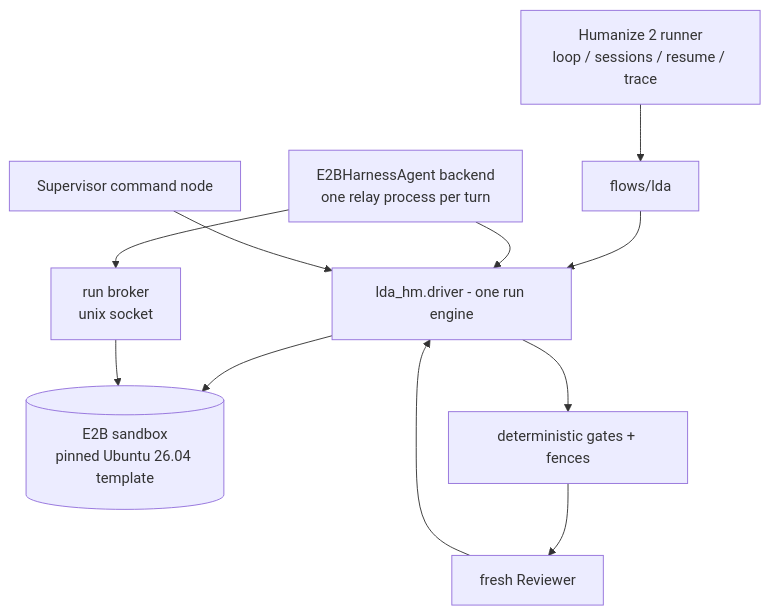
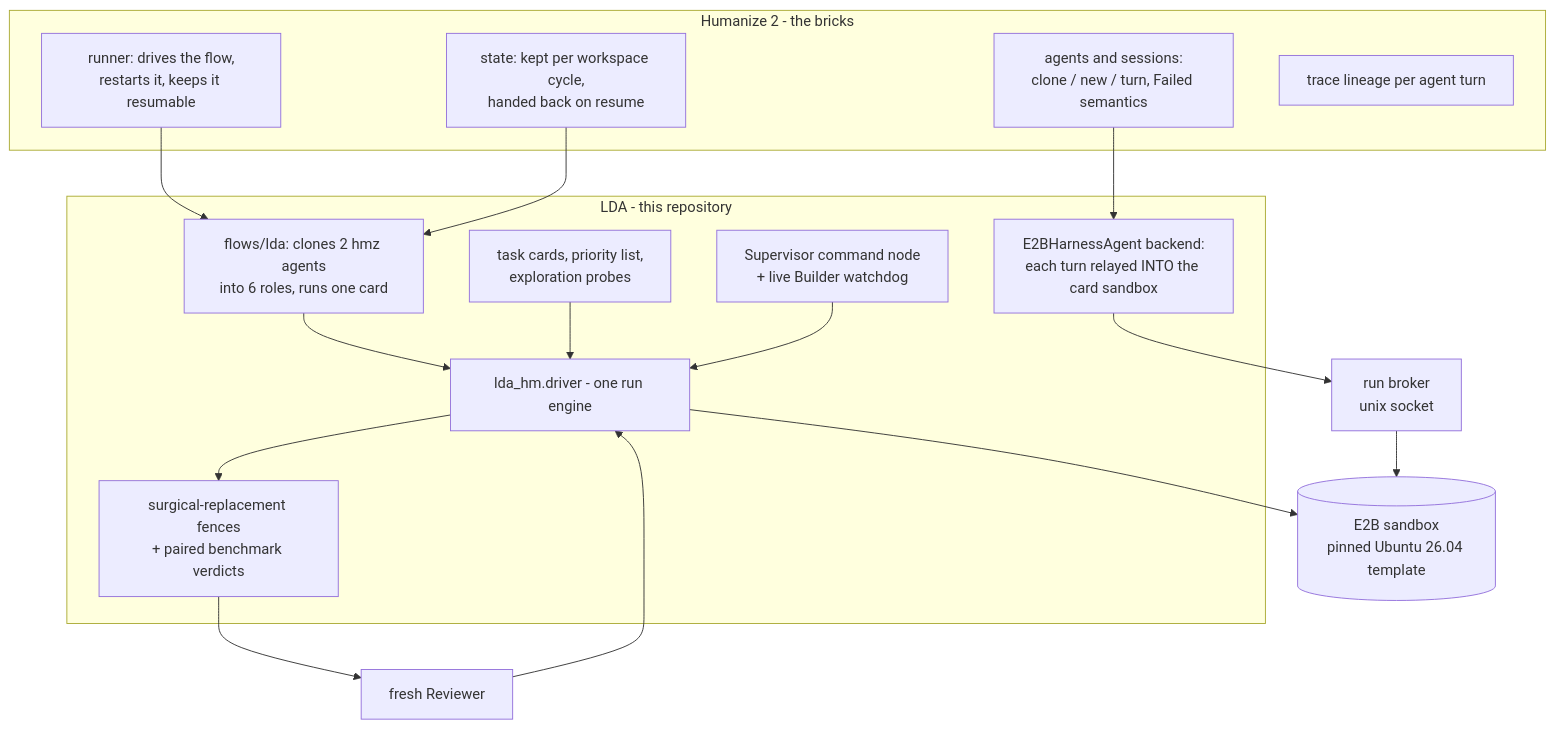
Before and after one commit to yisun219/LDA-HM-AS: the first of 2 diagrams in README.md, drawn with Mermaid. The commit also changed other lines of this file and 39 other files, not shown here.

Commit message:
infrastructure failures pause runs instead of ending them; the trace audit judges actions, not prose; agent turns are wall-clock bounded; benchmark repetitions run for seconds; skills load into the agents; linux-perf is the profiler

````diff
--- a/README.md
+++ b/README.md
@@ -77,13 +98,29 @@
 ```mermaid
 flowchart TD
-  HMZ[Humanize 2 runner\nloop / sessions / resume / trace] --> FLOW[flows/lda]
-  FLOW --> DRV[lda_hm.driver - one run engine]
-  BK[E2BHarnessAgent backend\none relay process per turn] --> DRV
-  DRV --> SBX[(E2B sandbox\npinned Ubuntu 26.04 template)]
-  BRK[run broker\nunix socket] --> SBX
-  BK --> BRK
-  DRV --> FEN[deterministic gates + fences]
+  subgraph HMZ[Humanize 2 - the bricks]
+    RUN[runner: drives the flow,\nrestarts it, keeps it resumable]
+    AG[agents and sessions:\nclone / new / turn, Failed semantics]
+    ST[state: kept per workspace cycle,\nhanded back on resume]
+    TR[trace lineage per agent turn]
+  end
+  subgraph LDA[LDA - this repository]
+    FLOW[flows/lda: clones 2 hmz agents\ninto 6 roles, runs one card]
+    BK[E2BHarnessAgent backend:\neach turn relayed INTO the card sandbox]
+    DRV[lda_hm.driver - one run engine]
+    FEN[surgical-replacement fences\n+ paired benchmark verdicts]
+    SUP[Supervisor command node\n+ live Builder watchdog]
+    CARD[task cards, priority list,\nexploration probes]
+  end
+  RUN --> FLOW
+  AG --> BK
+  ST --> FLOW
+  FLOW --> DRV
+  BK --> BRK[run broker\nunix socket]
+  BRK --> SBX[(E2B sandbox\npinned Ubuntu 26.04 template)]
+  DRV --> SBX
+  CARD --> DRV
+  DRV --> FEN
   FEN --> REV[fresh Reviewer]
   REV --> DRV
-  SUP[Supervisor command node] --> DRV
+  SUP --> DRV
 ```
````
